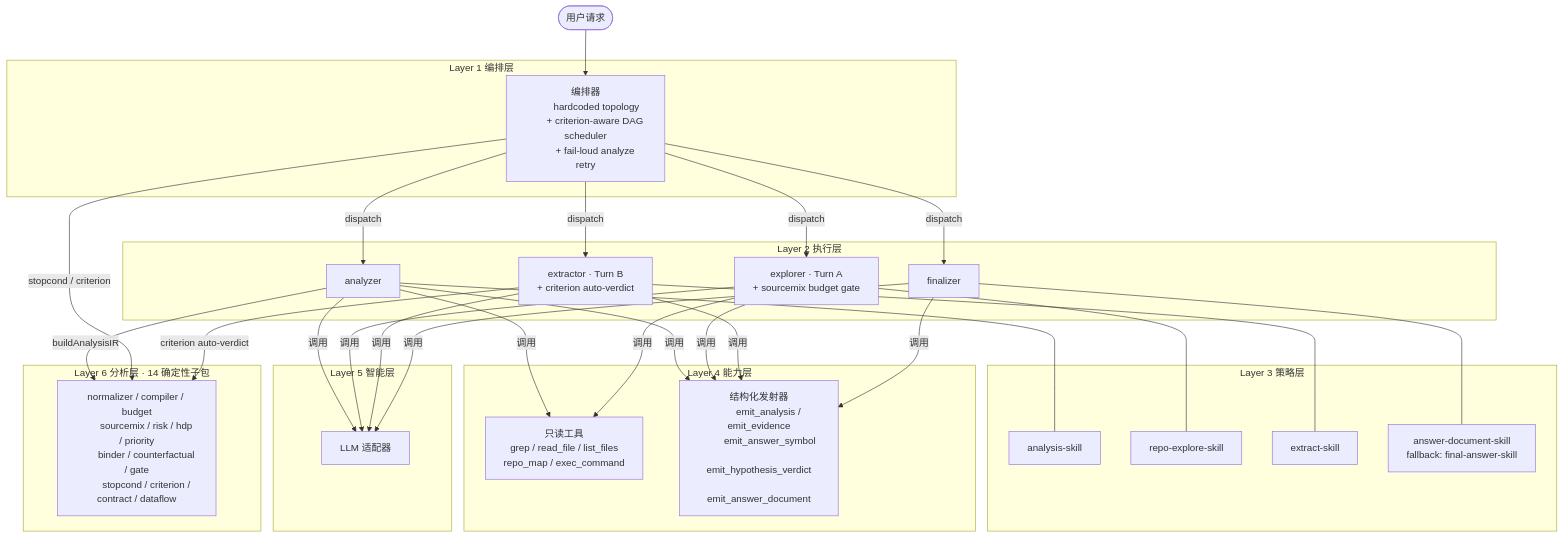
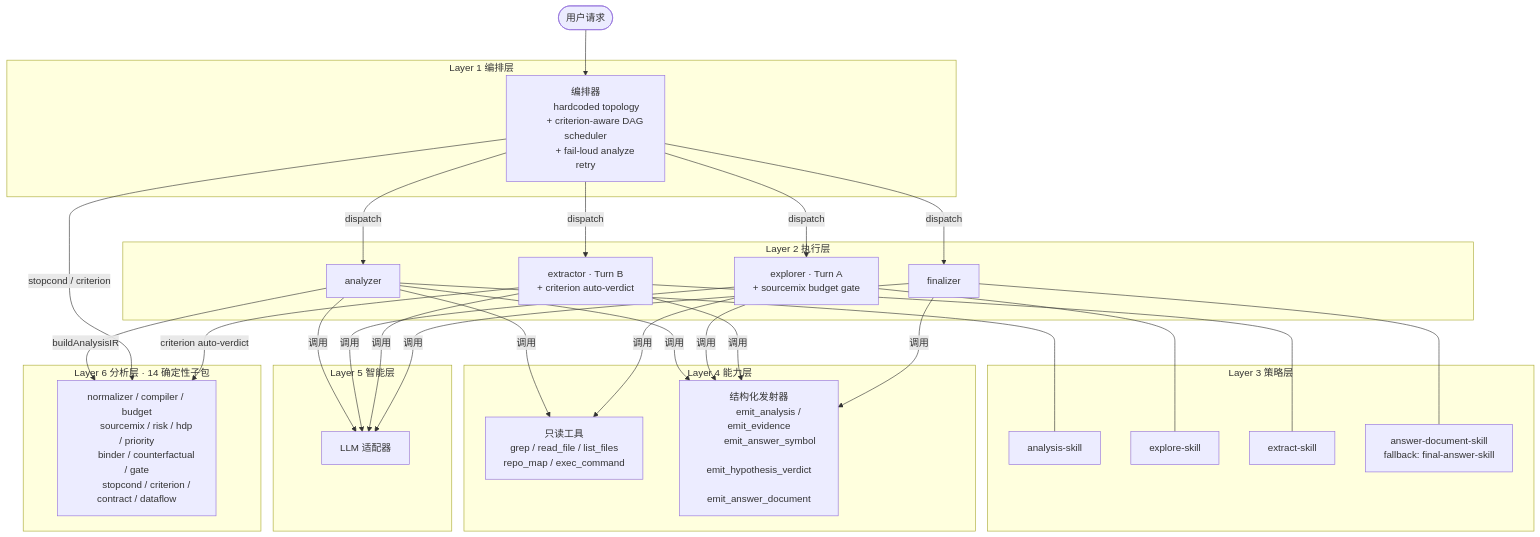
The first of 4 diagrams in docs/architecture.md (hanchaoqun/codrax), drawn with Mermaid before and after one commit. The commit also changed other lines of this file and 7 other files, not shown here.

First line of the commit message:
rename: repo-explore-skill → explore-skill

````diff
--- a/docs/architecture.md
+++ b/docs/architecture.md
@@ -56,63 +56,63 @@
 ```mermaid
 graph TB
     User([用户请求])
 
     subgraph "Layer 1 编排层"
         Orch["编排器
         hardcoded topology
         + criterion-aware DAG scheduler
         + fail-loud analyze retry"]
     end
 
     subgraph "Layer 2 执行层"
         A1["analyzer"]
         A2["explorer · Turn A
         + sourcemix budget gate"]
         A3["extractor · Turn B
         + criterion auto-verdict"]
         A4["finalizer"]
     end
 
     subgraph "Layer 3 策略层"
         S1["analysis-skill"]
-        S2["repo-explore-skill"]
+        S2["explore-skill"]
         S3["extract-skill"]
         S4["answer-document-skill
         fallback: final-answer-skill"]
     end
 
     subgraph "Layer 4 能力层"
         T["只读工具
         grep / read_file / list_files
         repo_map / exec_command"]
         E["结构化发射器
         emit_analysis / emit_evidence
         emit_answer_symbol
         emit_hypothesis_verdict
         emit_answer_document"]
     end
 
     subgraph "Layer 5 智能层"
         LLM["LLM 适配器"]
     end
 
     subgraph "Layer 6 分析层 · 14 确定性子包"
         AN["normalizer / compiler / budget
         sourcemix / risk / hdp / priority
         binder / counterfactual / gate
         stopcond / criterion / contract / dataflow"]
     end
 
     User --> Orch
     Orch -->|dispatch| A1 & A2 & A3 & A4
     A1 --- S1
     A2 --- S2
     A3 --- S3
     A4 --- S4
     A1 & A2 -->|调用| T
     A1 & A2 & A3 & A4 -->|调用| E
     A1 & A2 & A3 & A4 -->|调用| LLM
     A1 -->|buildAnalysisIR| AN
     Orch -->|stopcond / criterion| AN
     A3 -->|criterion auto-verdict| AN
 ```
````
